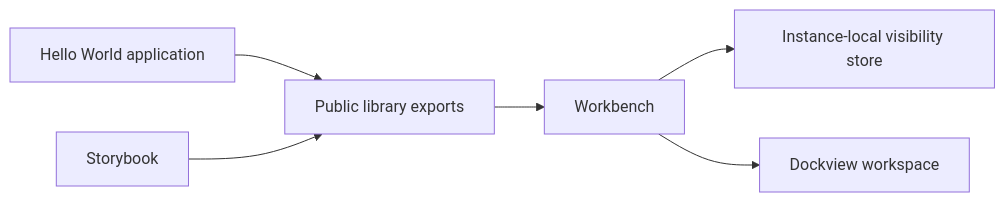
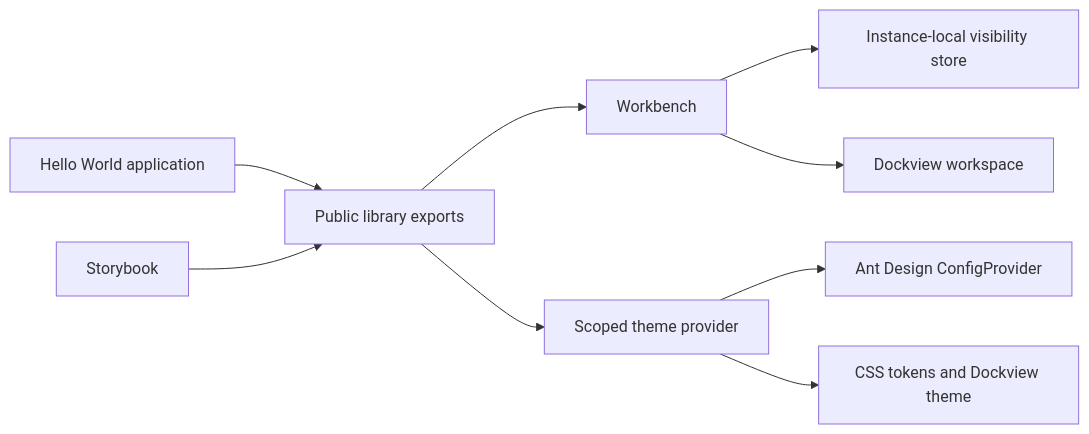
The diagram in docs/architecture.md (YannCaron/dash-lab), drawn with Mermaid before and after one commit. The commit also changed other lines of this file and 22 other files, not shown here.

````diff
--- a/docs/architecture.md
+++ b/docs/architecture.md
@@ -5,8 +5,11 @@
 ```mermaid
 flowchart LR
   Demo[Hello World application] --> API[Public library exports]
   Stories[Storybook] --> API
   API --> Layout[Workbench]
+  API --> Theme[Scoped theme provider]
+  Theme --> AntD[Ant Design ConfigProvider]
+  Theme --> Tokens[CSS tokens and Dockview theme]
   Layout --> Visibility[Instance-local visibility store]
   Layout --> Docking[Dockview workspace]
 ```
````
